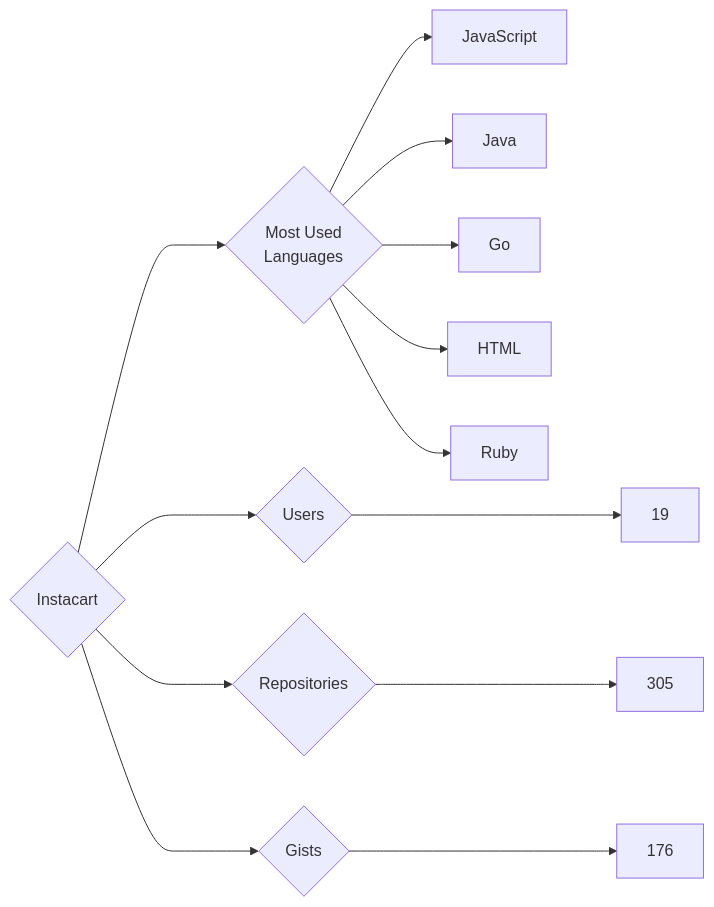
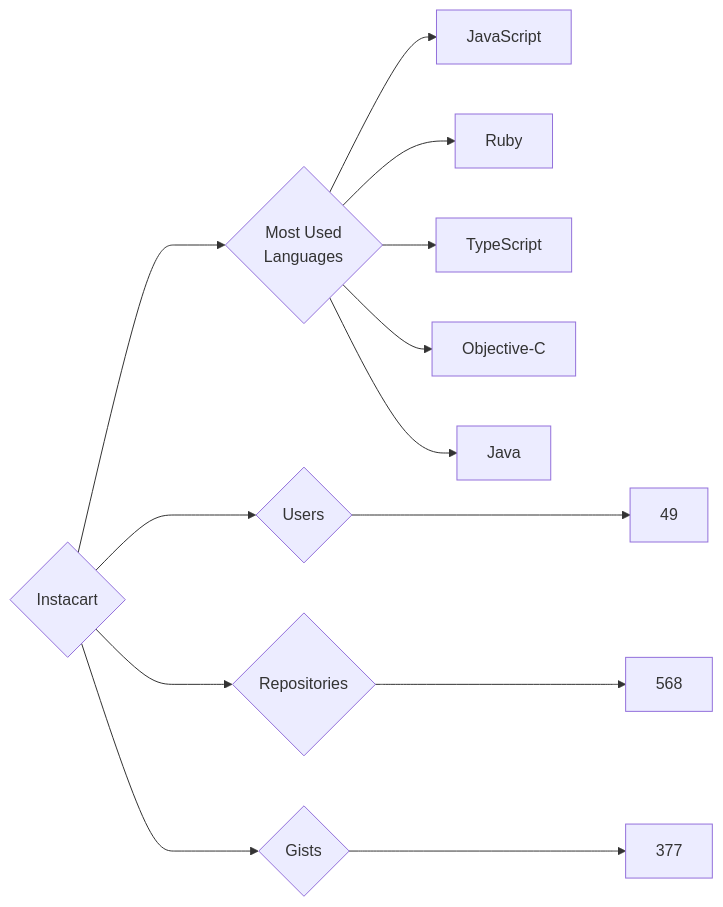
One commit to trickest/insiders changed the diagram in targets/Instacart/README.md. Above: the diagram before and after it, drawn with Mermaid. The commit also changed 786 other files, not shown here.

````diff
--- a/targets/Instacart/README.md
+++ b/targets/Instacart/README.md
@@ -3,13 +3,13 @@
 ```mermaid
 graph LR
 COMPANY_NAME{Instacart}
-COMPANY_NAME ---> U{Users} ---> UN[19]
-COMPANY_NAME ---> R{Repositories} ---> RN[305]
-COMPANY_NAME ---> G{Gists} ---> GN[176]
+COMPANY_NAME ---> U{Users} ---> UN[49]
+COMPANY_NAME ---> R{Repositories} ---> RN[568]
+COMPANY_NAME ---> G{Gists} ---> GN[377]
 COMPANY_NAME ---> ML{Most Used<br>Languages}
 ML --> JavaScript[JavaScript]
+ML --> Ruby[Ruby]
+ML --> TypeScript[TypeScript]
+ML --> Objective-C[Objective-C]
 ML --> Java[Java]
-ML --> Go[Go]
-ML --> HTML[HTML]
-ML --> Ruby[Ruby]
 ```
````
